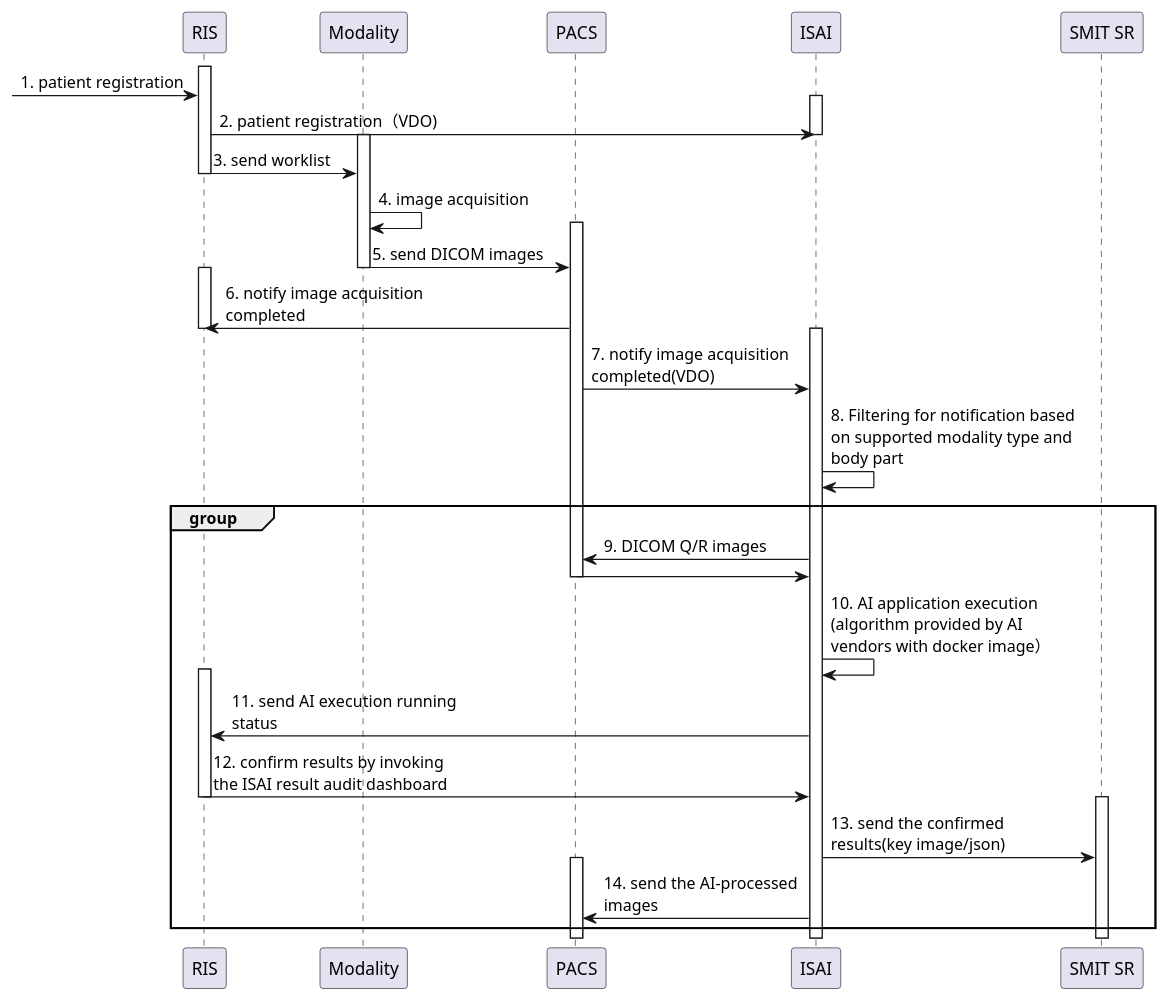
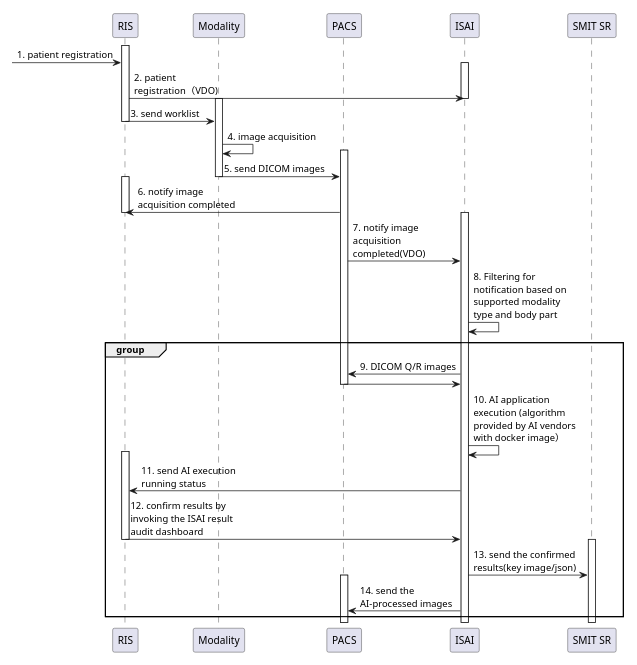
Before and after one commit to xmiao/AI.interoperability: the diagram in input/images-source/uc2-felicity.plantuml, drawn with PlantUML. The commit also changed 5 other files, not shown here.

```diff
--- a/input/images-source/uc2-felicity.plantuml
+++ b/input/images-source/uc2-felicity.plantuml
@@ -1,45 +1,46 @@
 @startuml
-skinparam maxMessageSize 200
+skinparam maxMessageSize 150
+scale 500 width
 
 participant "RIS" as R
 participant "Modality" as M
 participant "PACS" as P
 participant "ISAI" as I
 participant "SMIT SR" as S
 
 activate R
  -> R: 1. patient registration
 activate I
 R -> I: 2. patient registration（VDO)
 deactivate I
 activate M
 R -> M: 3. send worklist
 deactivate R
 M -> M: 4. image acquisition
 activate P
 M -> P: 5. send DICOM images
 deactivate M
 activate R
 P -> R: 6. notify image acquisition completed
 deactivate R
 activate I
 P -> I: 7. notify image acquisition completed(VDO)
 
 I -> I: 8. Filtering for notification based on supported modality type and body part
 
 group
 P <- I: 9. DICOM Q/R images
 P -> I:
 deactivate P
 I -> I: 10. AI application execution (algorithm provided by AI vendors with docker image）
 activate R
 I -> R: 11. send AI execution running status
 R -> I: 12. confirm results by invoking the ISAI result audit dashboard
 deactivate R
 activate S
 I -> S: 13. send the confirmed results(key image/json)
 activate P
 I -> P: 14. send the AI-processed images
 end
 
 @enduml
```
